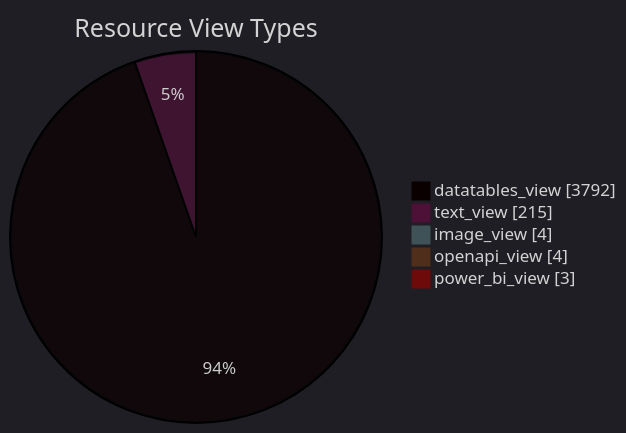
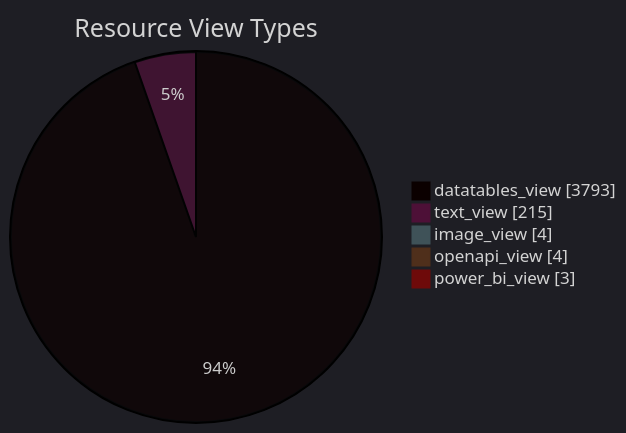
Before and after one commit to open-data/analytics-corporate-reporting: the diagram in datastore_tracker/resource_view_types_pie_chart.md, drawn with Mermaid. The commit also changed 10 other files, not shown here.

````diff
--- a/datastore_tracker/resource_view_types_pie_chart.md
+++ b/datastore_tracker/resource_view_types_pie_chart.md
@@ -2,12 +2,12 @@
 ```mermaid
 ---
 config:
   theme: dark
 ---
 pie showData title Resource View Types
-    "datatables_view": 3792
+    "datatables_view": 3793
     "text_view": 215
     "image_view": 4
     "openapi_view": 4
     "power_bi_view": 3
 ```
````
